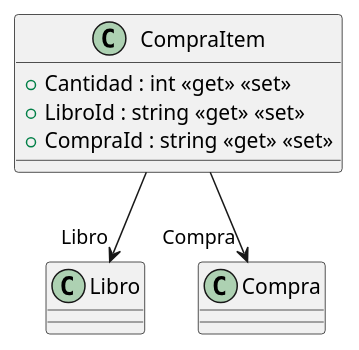
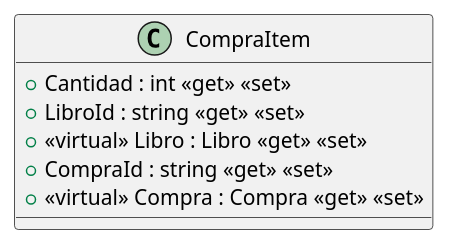
Before and after one commit to ISII2627JRJ/ISII2627JRJ: the diagram in src/AppForSEII.API/ClassDiagram/CompraItem.puml, drawn with PlantUML. The commit also changed 11 other files, not shown here.

First line of the commit message:
Desarrollo de la clase paypal y actualizacion de diagramas uml (#42)

```diff
--- a/src/AppForSEII.API/ClassDiagram/CompraItem.puml
+++ b/src/AppForSEII.API/ClassDiagram/CompraItem.puml
@@ -1,9 +1,9 @@
 @startuml
 class CompraItem {
     + Cantidad : int <<get>> <<set>>
     + LibroId : string <<get>> <<set>>
+    + <<virtual>> Libro : Libro <<get>> <<set>>
     + CompraId : string <<get>> <<set>>
+    + <<virtual>> Compra : Compra <<get>> <<set>>
 }
-CompraItem --> "Libro" Libro
-CompraItem --> "Compra" Compra
 @enduml
```
